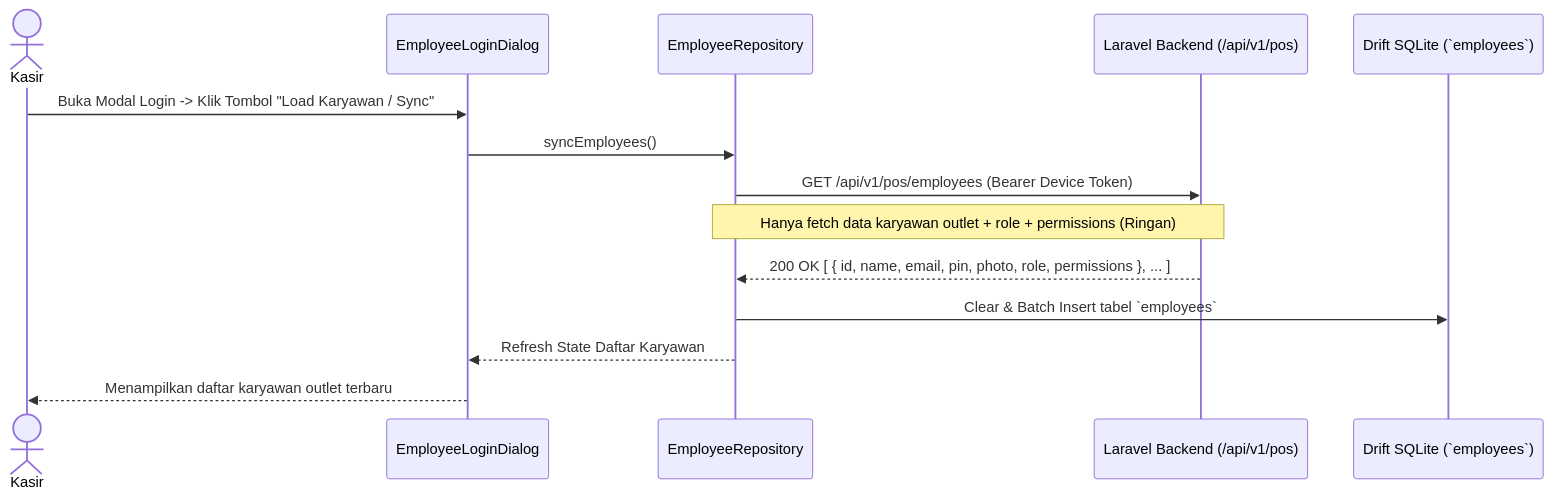
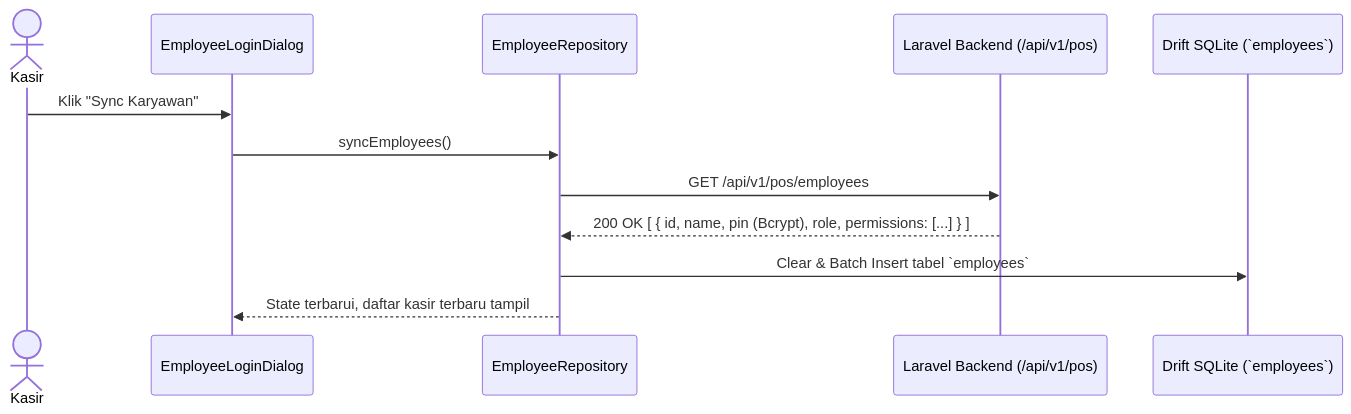
Before and after one commit to whykrr/sollu-app: the second of 3 diagrams in prd/PRD Transaksi - Channel POS V1.2 Initial Master Data, Hardware Printer & Core Register Screens.md, drawn with Mermaid. The commit also changed other lines of this file and 6 other files, not shown here.

Commit message:
Enhance V1.3 Core Fast Checkout: Implement reconnection handshake and delta sync mechanism, ensuring non-blocking background processing for transaction push. Add comprehensive tests for transaction synchronization, idempotency, and master data retrieval with permission checks.

````diff
--- a/prd/PRD Transaksi - Channel POS V1.2 Initial Master Data, Hardware Printer & Core Register Screens.md
+++ b/prd/PRD Transaksi - Channel POS V1.2 Initial Master Data, Hardware Printer & Core Register Screens.md
@@ -161,17 +125,15 @@
 ```mermaid
 sequenceDiagram
     actor Cashier as Kasir
     participant Dialog as EmployeeLoginDialog
     participant App as EmployeeRepository
     participant Backend as Laravel Backend (/api/v1/pos)
     participant LocalDB as Drift SQLite (`employees`)
 
-    Cashier->>Dialog: Buka Modal Login -> Klik Tombol "Load Karyawan / Sync"
+    Cashier->>Dialog: Klik "Sync Karyawan"
     Dialog->>App: syncEmployees()
-    App->>Backend: GET /api/v1/pos/employees (Bearer Device Token)
-    Note over App,Backend: Hanya fetch data karyawan outlet + role + permissions (Ringan)
-    Backend-->>App: 200 OK [ { id, name, email, pin, photo, role, permissions }, ... ]
+    App->>Backend: GET /api/v1/pos/employees
+    Backend-->>App: 200 OK [ { id, name, pin (Bcrypt), role, permissions: [...] } ]
     App->>LocalDB: Clear & Batch Insert tabel `employees`
-    App-->>Dialog: Refresh State Daftar Karyawan
-    Dialog-->>Cashier: Menampilkan daftar karyawan outlet terbaru
+    App-->>Dialog: State terbarui, daftar kasir terbaru tampil
 ```
````
